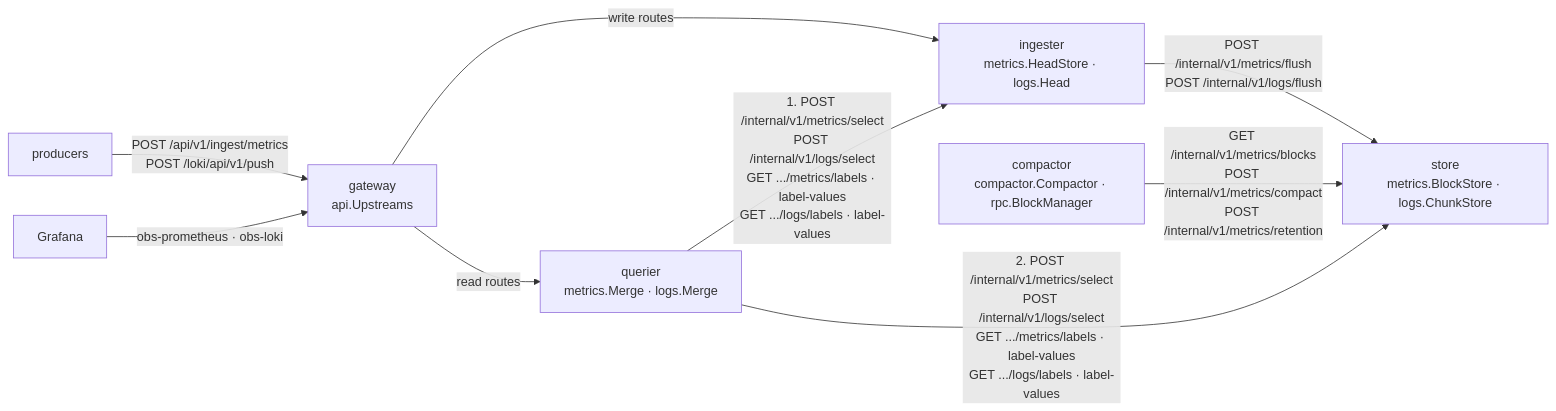
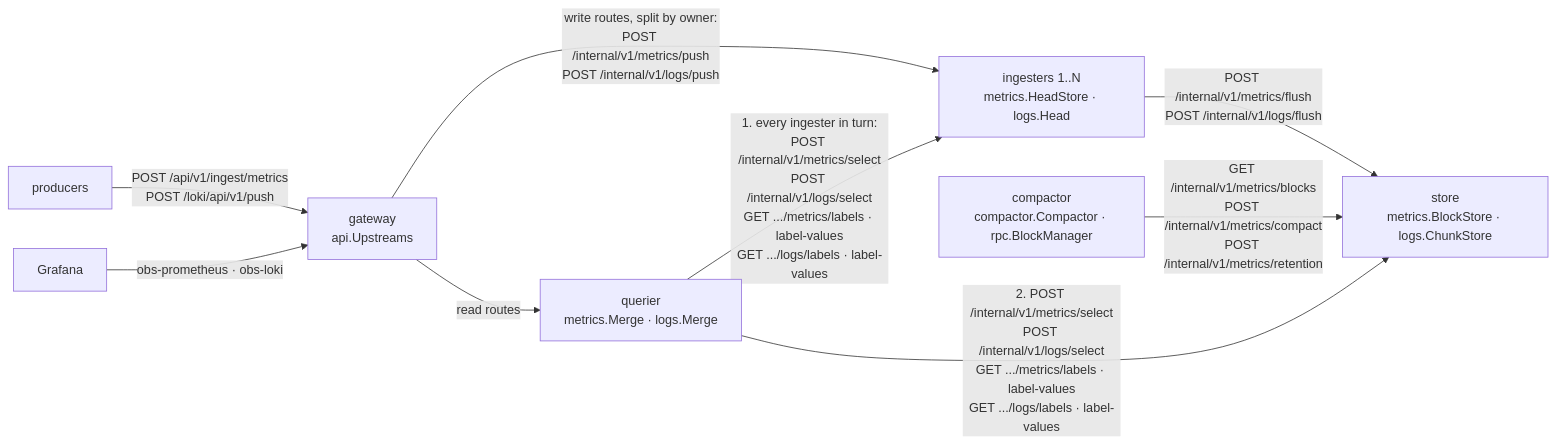
Before and after one commit to Weilei424/observability-platform: the first of 5 diagrams in docs/architecture/components.md, drawn with Mermaid. The commit also changed other lines of this file, not shown here.

Commit message:
docs(architecture): describe the ring, routed writes, N-way reads, and membership changes

````diff
--- a/docs/architecture/components.md
+++ b/docs/architecture/components.md
@@ -33,11 +34,11 @@
 ```mermaid
 graph LR
   P["producers"] -->|"POST /api/v1/ingest/metrics<br/>POST /loki/api/v1/push"| G["gateway<br/>api.Upstreams"]
   GR["Grafana"] -->|"obs-prometheus · obs-loki"| G
-  G -->|"write routes"| I["ingester<br/>metrics.HeadStore · logs.Head"]
+  G -->|"write routes, split by owner:<br/>POST /internal/v1/metrics/push<br/>POST /internal/v1/logs/push"| I["ingesters 1..N<br/>metrics.HeadStore · logs.Head"]
   G -->|"read routes"| Q["querier<br/>metrics.Merge · logs.Merge"]
-  Q -->|"1. POST /internal/v1/metrics/select<br/>POST /internal/v1/logs/select<br/>GET .../metrics/labels · label-values<br/>GET .../logs/labels · label-values"| I
+  Q -->|"1. every ingester in turn:<br/>POST /internal/v1/metrics/select<br/>POST /internal/v1/logs/select<br/>GET .../metrics/labels · label-values<br/>GET .../logs/labels · label-values"| I
   Q -->|"2. POST /internal/v1/metrics/select<br/>POST /internal/v1/logs/select<br/>GET .../metrics/labels · label-values<br/>GET .../logs/labels · label-values"| S["store<br/>metrics.BlockStore · logs.ChunkStore"]
   I -->|"POST /internal/v1/metrics/flush<br/>POST /internal/v1/logs/flush"| S
   C["compactor<br/>compactor.Compactor · rpc.BlockManager"] -->|"GET /internal/v1/metrics/blocks<br/>POST /internal/v1/metrics/compact<br/>POST /internal/v1/metrics/retention"| S
 ```
````
